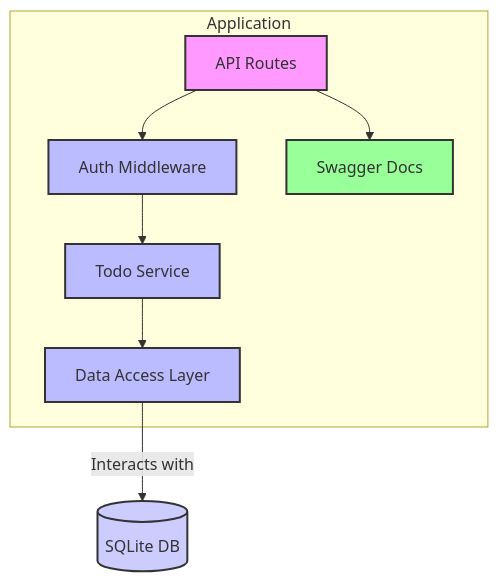
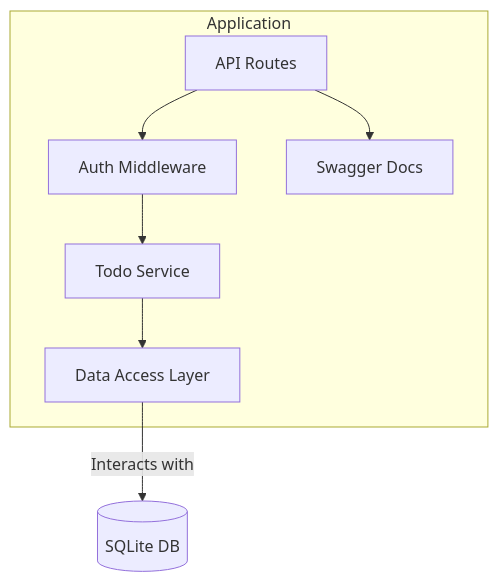
One commit to DevelopersClubRS/BDD-25-cursor-workspace-example changed the diagram in docs/architecture.mermaid. Above: the diagram before and after it, drawn with Mermaid. The commit also changed 3 other files, not shown here.

```diff
--- a/docs/architecture.mermaid
+++ b/docs/architecture.mermaid
@@ -1,21 +1,14 @@
 graph TD
     A[API Routes] --> B[Auth Middleware]
     B --> C[Todo Service]
     C --> D[Data Access Layer]
     D -- Interacts with --> E[(SQLite DB)]
     A --> F[Swagger Docs]
 
     subgraph "Application"
         A
         B
         C
         D
         F
     end
-
-    style A fill:#f9f,stroke:#333,stroke-width:2px
-    style B fill:#bbf,stroke:#333,stroke-width:2px
-    style C fill:#bbf,stroke:#333,stroke-width:2px
-    style D fill:#bbf,stroke:#333,stroke-width:2px
-    style E fill:#ccf,stroke:#333,stroke-width:2px
-    style F fill:#9f9,stroke:#333,stroke-width:2px 
```
